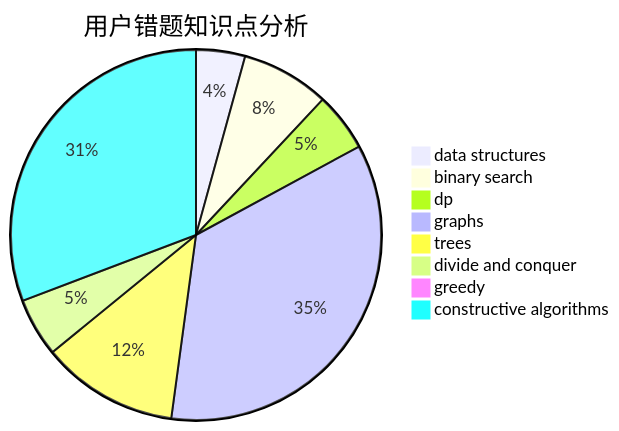
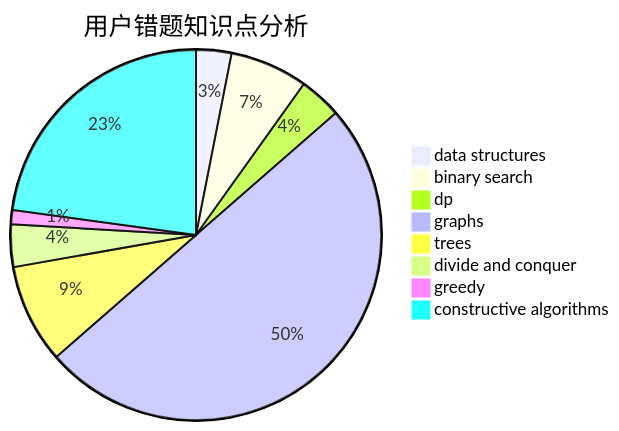
The third of 3 diagrams in docs/user/u350.md (sherpahu/cfrs.github.io), drawn with Mermaid before and after one commit. The commit also changed other lines of this file and 2770 other files, not shown here.

````diff
--- a/docs/user/u350.md
+++ b/docs/user/u350.md
@@ -36,11 +36,11 @@
 ```mermaid
 pie title 用户错题知识点分析
     "data structures" :  5
-    "binary search" :  9
+    "binary search" :  11
     "dp" :  6
-    "graphs" :  41
+    "graphs" :  81
     "trees" :  14
     "divide and conquer" :  6
-    "greedy" :  1
-    "constructive algorithms" :  36
+    "greedy" :  2
+    "constructive algorithms" :  37
 ```
````
